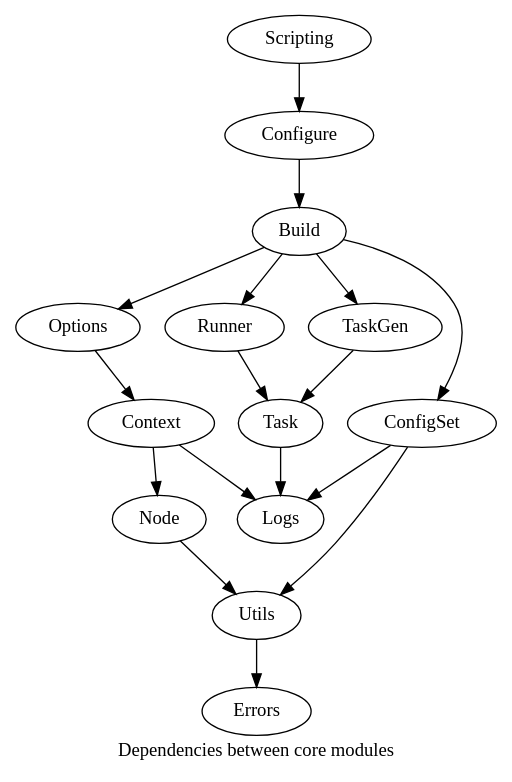
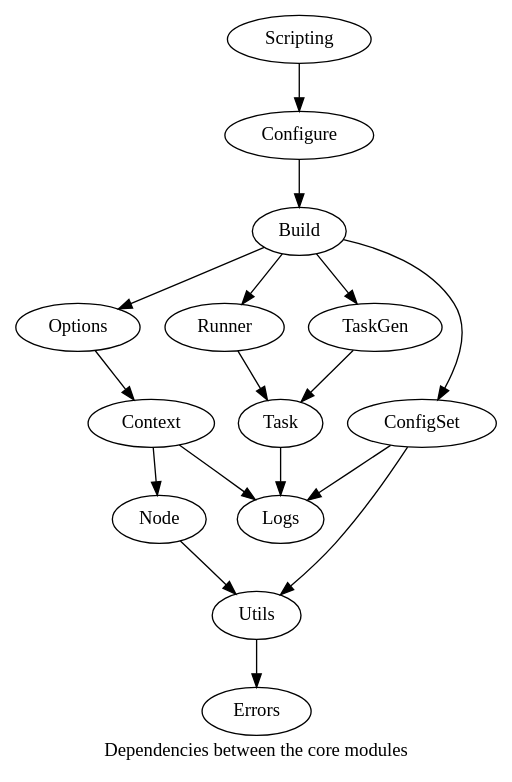
One commit to sillsdevarchive/wsiwaf changed the diagram in docs/book/core.dot. Above: the diagram before and after it, drawn with Graphviz. The commit also changed 2 other files, not shown here.

```diff
--- a/docs/book/core.dot
+++ b/docs/book/core.dot
@@ -1,31 +1,31 @@
 digraph G {
-	label="Dependencies between core modules";
+	label="Dependencies between the core modules";
 
 	Build -> Runner;
 	Build -> TaskGen;
 	Build -> ConfigSet;
 	Build -> Options;
 
 	ConfigSet -> Utils;
 	ConfigSet -> Logs;
 
 	Configure -> Build;
 
 	Context -> Logs;
 	Context -> "Node";
 
 	"Node" -> Utils;
 
 	Options -> Context;
 
 	Runner -> Task;
 
 	Scripting -> Configure;
 
 	TaskGen -> Task;
 
 	//Task -> Utils;
 	Task -> Logs;
 
 	Utils -> Errors;
 }
```
